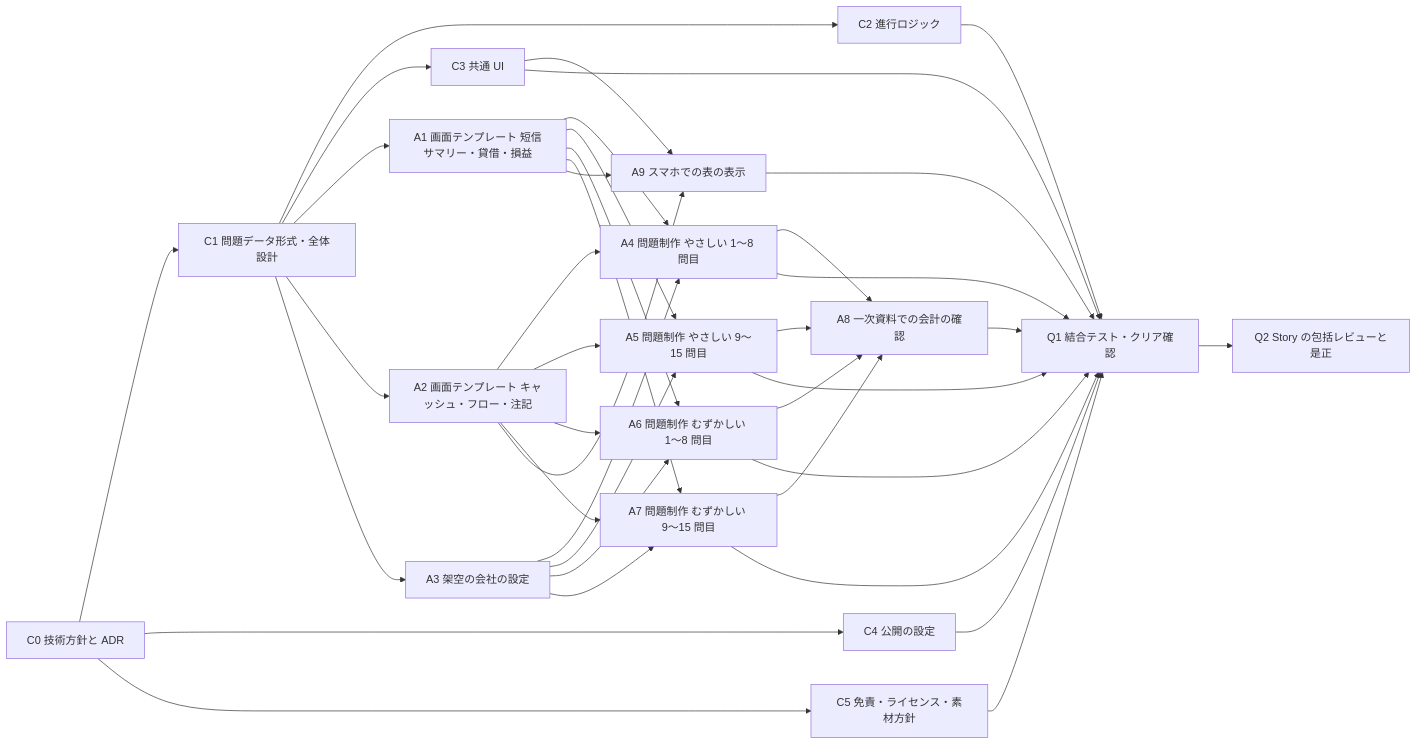
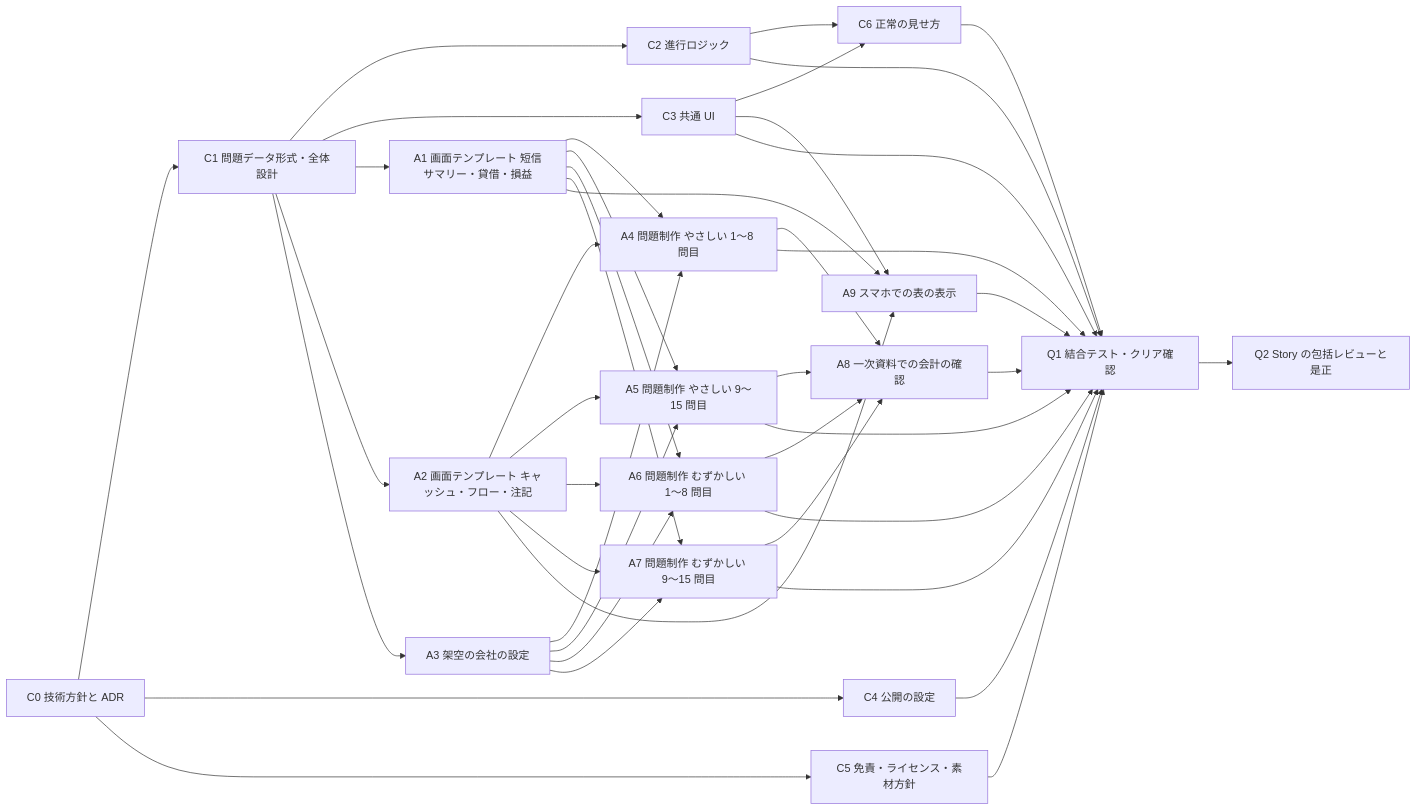
One commit to calliope-pro/kessan-8 changed the first of 3 diagrams in docs/plans/plan-comparison.md. Above: the diagram before and after it, drawn with Mermaid. The commit also changed other lines of this file and 1 other file, not shown here.

````diff
--- a/docs/plans/plan-comparison.md
+++ b/docs/plans/plan-comparison.md
@@ -95,58 +96,62 @@
 ```mermaid
 flowchart LR
   AC0["C0 技術方針と ADR"]
   AC1["C1 問題データ形式・全体設計"]
   AC2["C2 進行ロジック"]
   AC3["C3 共通 UI"]
   AC4["C4 公開の設定"]
   AC5["C5 免責・ライセンス・素材方針"]
+  AC6["C6 正常の見せ方"]
   AA1["A1 画面テンプレート 短信サマリー・貸借・損益"]
   AA2["A2 画面テンプレート キャッシュ・フロー・注記"]
   AA3["A3 架空の会社の設定"]
   AA4["A4 問題制作 やさしい 1〜8 問目"]
   AA5["A5 問題制作 やさしい 9〜15 問目"]
   AA6["A6 問題制作 むずかしい 1〜8 問目"]
   AA7["A7 問題制作 むずかしい 9〜15 問目"]
   AA8["A8 一次資料での会計の確認"]
   AA9["A9 スマホでの表の表示"]
   AQ1["Q1 結合テスト・クリア確認"]
   AQ2["Q2 Story の包括レビューと是正"]
   AC0 --> AC1
   AC1 --> AC2
   AC1 --> AC3
   AC0 --> AC4
   AC0 --> AC5
+  AC2 --> AC6
+  AC3 --> AC6
   AC1 --> AA1
   AC1 --> AA2
   AC1 --> AA3
   AA1 --> AA4
   AA2 --> AA4
   AA3 --> AA4
   AA1 --> AA5
   AA2 --> AA5
   AA3 --> AA5
   AA1 --> AA6
   AA2 --> AA6
   AA3 --> AA6
   AA1 --> AA7
   AA2 --> AA7
   AA3 --> AA7
   AA4 --> AA8
   AA5 --> AA8
   AA6 --> AA8
   AA7 --> AA8
   AA1 --> AA9
   AA2 --> AA9
   AC3 --> AA9
   AA4 --> AQ1
   AA5 --> AQ1
   AA6 --> AQ1
   AA7 --> AQ1
   AA8 --> AQ1
   AA9 --> AQ1
   AC2 --> AQ1
   AC3 --> AQ1
   AC4 --> AQ1
   AC5 --> AQ1
+  AC6 --> AQ1
   AQ1 --> AQ2
 ```
````
